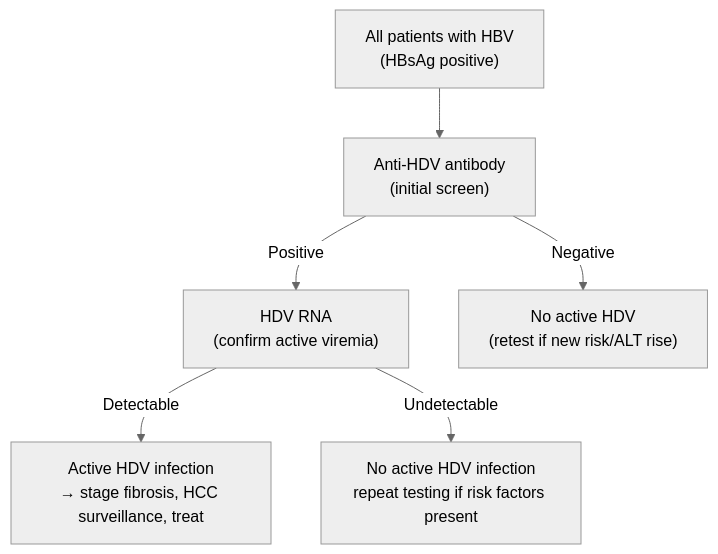
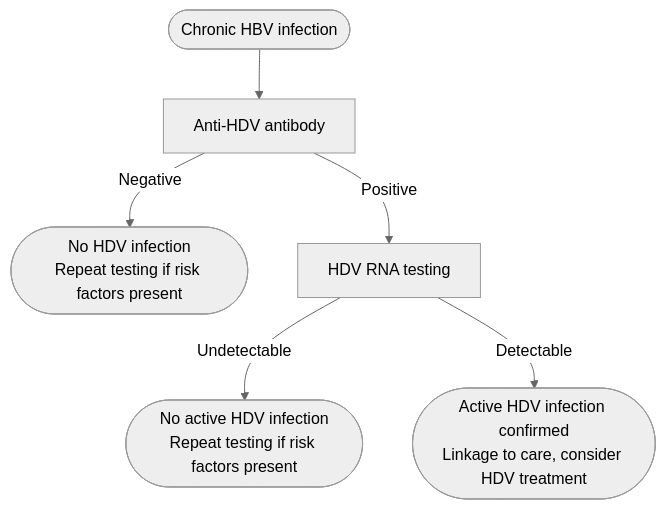
Before and after one commit to KHNickLeMD/KHNL-GI-Wiki: the diagram in KHNL-GI-Wiki/wiki/1-disease-scripts/hepatology-diseases/hepatitis-d.md, drawn with Mermaid (neutral theme). The commit also changed other lines of this file and 22 other files, not shown here.

````diff
--- a/KHNL-GI-Wiki/wiki/1-disease-scripts/hepatology-diseases/hepatitis-d.md
+++ b/KHNL-GI-Wiki/wiki/1-disease-scripts/hepatology-diseases/hepatitis-d.md
@@ -79,8 +80,12 @@
 ```mermaid
 flowchart TD
-    A["All patients with HBV<br/>(HBsAg positive)"] --> B["Anti-HDV antibody<br/>(initial screen)"]
-    B -->|Positive| C["HDV RNA<br/>(confirm active viremia)"]
-    B -->|Negative| D["No active HDV<br/>(retest if new risk/ALT rise)"]
-    C -->|Detectable| E["Active HDV infection<br/>→ stage fibrosis, HCC surveillance, treat"]
-    C -->|Undetectable| F["No active HDV infection<br/>repeat testing if risk factors present"]
+    A(["Chronic HBV infection"]) --> B["Anti-HDV antibody"]
+    B -- "Negative" --> C(["No HDV infection<br/>Repeat testing if risk factors present"])
+    B -- "Positive" --> D["HDV RNA testing"]
+    D -- "Undetectable" --> E(["No active HDV infection<br/>Repeat testing if risk factors present"])
+    D -- "Detectable" --> F(["Active HDV infection confirmed<br/>Linkage to care, consider HDV treatment"])
+    class A start
+    class B,D test
+    class F act
+    class C,E stop
 ```
````
